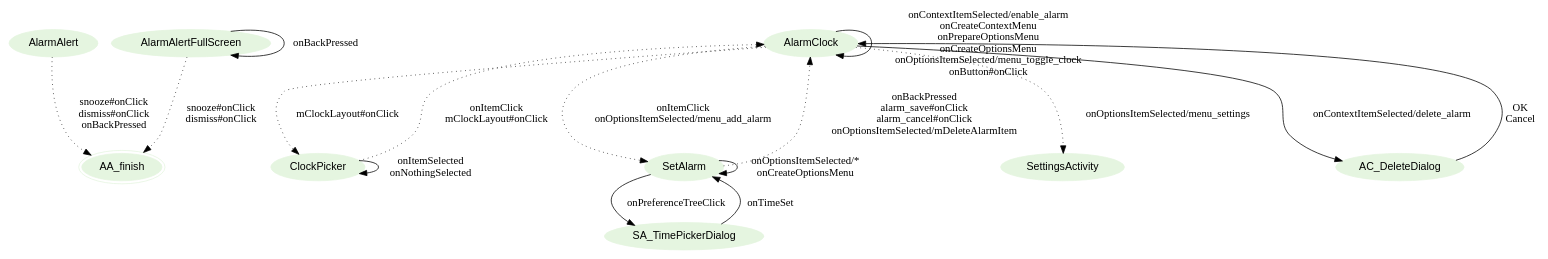
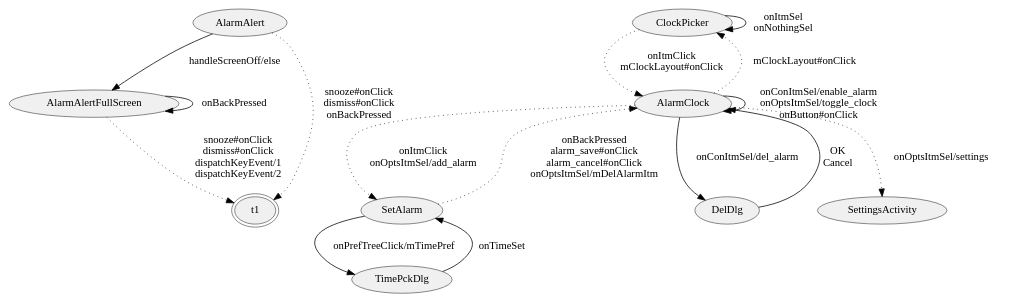
One commit to hans89/astparser changed the diagram in graphviz/AlarmClock-man.gv. Above: the diagram before and after it, drawn with Graphviz. The commit also changed 6 other files, not shown here.

```diff
--- a/graphviz/AlarmClock-man.gv
+++ b/graphviz/AlarmClock-man.gv
@@ -1,45 +1,54 @@
 digraph {
+rankdir = TB;
 fontname="Helvetica";
-rank=LR;
-node[style=filled, fontname="Helvetica", colorscheme=greens3, color=1];
+node[style="filled,solid", colorscheme=greys3, fillcolor=1, color=3];
 
 AlarmAlert;
 AlarmAlertFullScreen;
-AlarmClock;
+
 ClockPicker;
 SetAlarm;
 SettingsActivity;
+DelDlg;
+AlarmClock;
+TimePckDlg;
 
-AA_finish[peripheries=2];
-AlarmAlertFullScreen -> AA_finish[label="snooze#onClick\ndismiss#onClick",style=dotted];
+t1[peripheries=2];
+AlarmAlertFullScreen -> t1[label="snooze#onClick
+dismiss#onClick
+dispatchKeyEvent/1
+dispatchKeyEvent/2",style=dotted];
 AlarmAlertFullScreen -> AlarmAlertFullScreen[label="onBackPressed"];
 
-AA_finish[peripheries=2];
-AlarmAlert -> AA_finish[label="snooze#onClick\ndismiss#onClick\nonBackPressed",style=dotted];
+AlarmAlert -> t1[label="snooze#onClick
+dismiss#onClick
+onBackPressed",style=dotted];
+AlarmAlert -> AlarmAlertFullScreen[label="handleScreenOff/else"];
 
-AC_DeleteDialog;
-AlarmClock -> AC_DeleteDialog[label="onContextItemSelected/delete_alarm"];
-AC_DeleteDialog -> AlarmClock[label="OK\nCancel"];
-AlarmClock -> AlarmClock[label="onContextItemSelected/enable_alarm\nonCreateContextMenu\nonPrepareOptionsMenu\nonCreateOptionsMenu\nonOptionsItemSelected/menu_toggle_clock\nonButton#onClick"];
+AlarmClock -> AlarmClock[label="onConItmSel/enable_alarm
+onOptsItmSel/toggle_clock
+onButton#onClick"];
 
-AlarmClock -> SetAlarm[label="onItemClick\nonOptionsItemSelected/menu_add_alarm",style=dotted];
+AlarmClock -> SetAlarm[label="onItmClick
+onOptsItmSel/add_alarm",style=dotted];
 
 AlarmClock -> ClockPicker[label="mClockLayout#onClick",style=dotted];
 
-AlarmClock -> SettingsActivity[label="onOptionsItemSelected/menu_settings",style=dotted];
+AlarmClock -> SettingsActivity[label="onOptsItmSel/settings",style=dotted];
 
-ClockPicker -> ClockPicker[label="onItemSelected\nonNothingSelected"];
-ClockPicker -> AlarmClock[label="onItemClick\nmClockLayout#onClick",style=dotted];
+ClockPicker -> ClockPicker[label="onItmSel\nonNothingSel"];
+ClockPicker -> AlarmClock[label="onItmClick\nmClockLayout#onClick",style=dotted];
+
+SetAlarm -> AlarmClock[label="onBackPressed
+alarm_save#onClick
+alarm_cancel#onClick
+onOptsItmSel/mDelAlarmItm",style=dotted];
 
 
+AlarmClock -> DelDlg[label="onConItmSel/del_alarm"];
+DelDlg -> AlarmClock[label="OK\nCancel"];
 
-SetAlarm -> SetAlarm[label="onOptionsItemSelected/*\nonCreateOptionsMenu"];
-SetAlarm -> AlarmClock[label="onBackPressed\nalarm_save#onClick\nalarm_cancel#onClick\nonOptionsItemSelected/mDeleteAlarmItem",style=dotted];
-SA_TimePickerDialog;
-SetAlarm -> SA_TimePickerDialog[label="onPreferenceTreeClick"];
-SA_TimePickerDialog -> SetAlarm[label="onTimeSet"];
-
-
-
+SetAlarm -> TimePckDlg[label="onPrefTreeClick/mTimePref"];
+TimePckDlg -> SetAlarm[label="onTimeSet"];
 
 }
```
